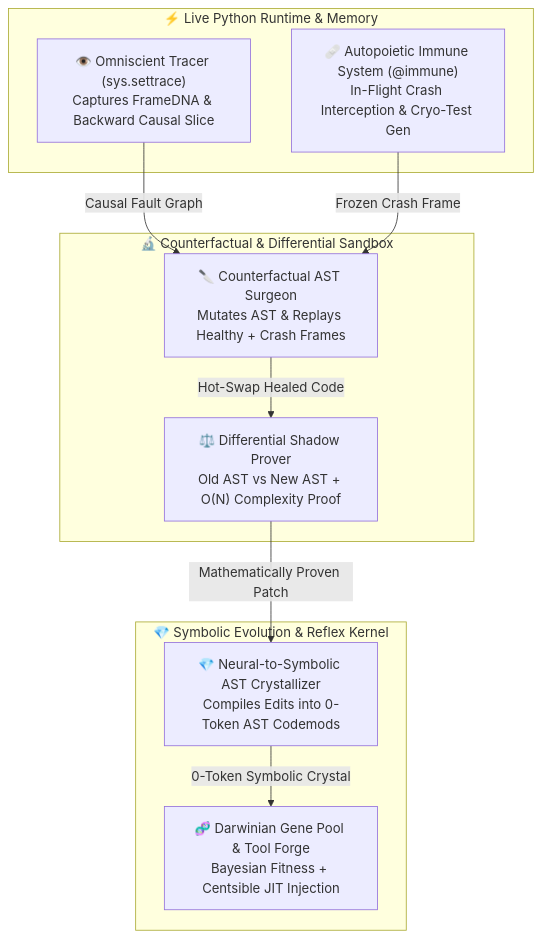
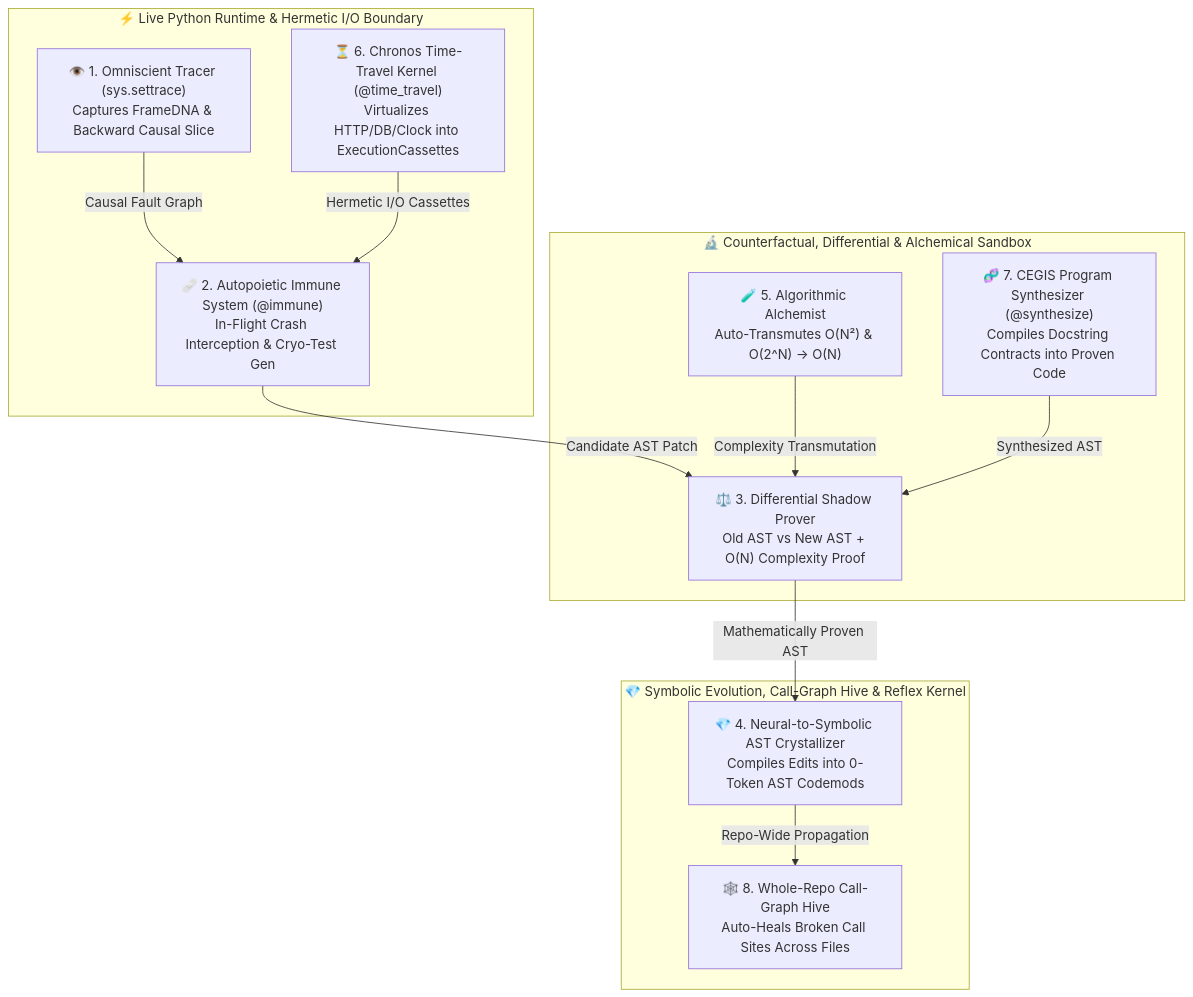
Before and after one commit to ntrieuvi97/thauthi: the diagram in README.md, drawn with Mermaid. The commit also changed other lines of this file and 14 other files, not shown here.

Commit message:
release: v3.0.0 (Post-Developer Singularity Kernel: Algorithmic Alchemist, Chronos I/O Time-Travel, CEGIS Program Synthesizer & Whole-Repo Call-Graph Hive)

````diff
--- a/README.md
+++ b/README.md
@@ -31,23 +33,27 @@
 ```mermaid
 flowchart TD
-    subgraph Runtime["⚡ Live Python Runtime & Memory"]
-        OM["👁️ Omniscient Tracer (sys.settrace)\nCaptures FrameDNA & Backward Causal Slice"]
-        IM["🩹 Autopoietic Immune System (@immune)\nIn-Flight Crash Interception & Cryo-Test Gen"]
+    subgraph Runtime["⚡ Live Python Runtime & Hermetic I/O Boundary"]
+        OM["👁️ 1. Omniscient Tracer (sys.settrace)\nCaptures FrameDNA & Backward Causal Slice"]
+        IM["🩹 2. Autopoietic Immune System (@immune)\nIn-Flight Crash Interception & Cryo-Test Gen"]
+        CH["⏳ 6. Chronos Time-Travel Kernel (@time_travel)\nVirtualizes HTTP/DB/Clock into ExecutionCassettes"]
     end
 
-    subgraph Sandbox["🔬 Counterfactual & Differential Sandbox"]
-        CS["🔪 Counterfactual AST Surgeon\nMutates AST & Replays Healthy + Crash Frames"]
-        PR["⚖️ Differential Shadow Prover\nOld AST vs New AST + O(N) Complexity Proof"]
+    subgraph Sandbox["🔬 Counterfactual, Differential & Alchemical Sandbox"]
+        PR["⚖️ 3. Differential Shadow Prover\nOld AST vs New AST + O(N) Complexity Proof"]
+        AL["🧪 5. Algorithmic Alchemist\nAuto-Transmutes O(N²) & O(2^N) -> O(N)"]
+        SY["🧬 7. CEGIS Program Synthesizer (@synthesize)\nCompiles Docstring Contracts into Proven Code"]
     end
 
-    subgraph Compiler["💎 Symbolic Evolution & Reflex Kernel"]
-        CR["💎 Neural-to-Symbolic AST Crystallizer\nCompiles Edits into 0-Token AST Codemods"]
-        GP["🧬 Darwinian Gene Pool & Tool Forge\nBayesian Fitness + Centsible JIT Injection"]
+    subgraph Compiler["💎 Symbolic Evolution, Call-Graph Hive & Reflex Kernel"]
+        CR["💎 4. Neural-to-Symbolic AST Crystallizer\nCompiles Edits into 0-Token AST Codemods"]
+        HV["🕸️ 8. Whole-Repo Call-Graph Hive\nAuto-Heals Broken Call Sites Across Files"]
     end
 
-    OM -->|"Causal Fault Graph"| CS
-    IM -->|"Frozen Crash Frame"| CS
-    CS -->|"Hot-Swap Healed Code"| PR
-    PR -->|"Mathematically Proven Patch"| CR
-    CR -->|"0-Token Symbolic Crystal"| GP
+    OM -->|"Causal Fault Graph"| IM
+    CH -->|"Hermetic I/O Cassettes"| IM
+    IM -->|"Candidate AST Patch"| PR
+    AL -->|"Complexity Transmutation"| PR
+    SY -->|"Synthesized AST"| PR
+    PR -->|"Mathematically Proven AST"| CR
+    CR -->|"Repo-Wide Propagation"| HV
 ```
````
